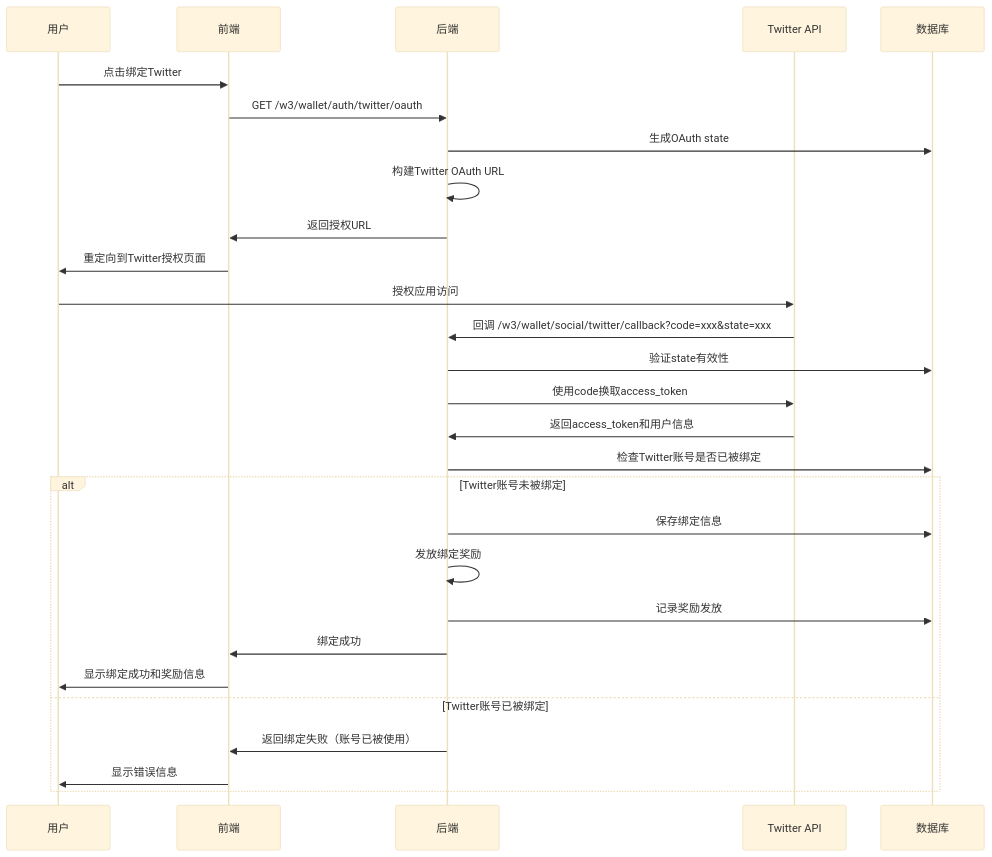
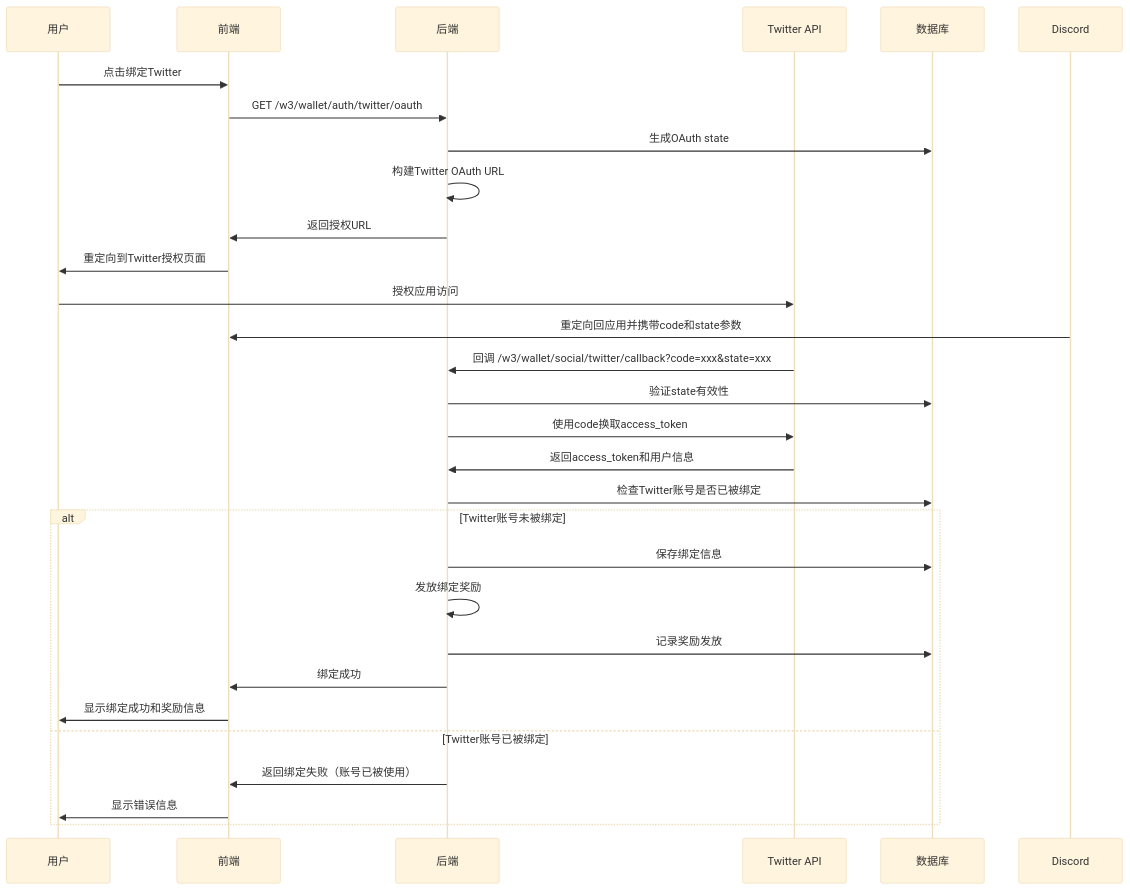
The diagram in all/未命名-73.md (yingjianzh/iodraw-files), drawn with Mermaid (base theme) before and after one commit.

Commit message:
2025-07-07 10:53:13 update

````diff
--- a/all/未命名-73.md
+++ b/all/未命名-73.md
@@ -1,36 +1,37 @@
 ```mermaid
 
 sequenceDiagram
     participant User as 用户
     participant Frontend as 前端
     participant Backend as 后端
     participant Twitter as Twitter API
     participant DB as 数据库
 
 
     User->>Frontend: 点击绑定Twitter
     Frontend->>Backend: GET /w3/wallet/auth/twitter/oauth
     Backend->>DB: 生成OAuth state
     Backend->>Backend: 构建Twitter OAuth URL
     Backend->>Frontend: 返回授权URL
     Frontend->>User: 重定向到Twitter授权页面
     
     User->>Twitter: 授权应用访问
+     Discord->>Frontend: 重定向回应用并携带code和state参数
     Twitter->>Backend: 回调 /w3/wallet/social/twitter/callback?code=xxx&state=xxx
     Backend->>DB: 验证state有效性
     Backend->>Twitter: 使用code换取access_token
     Twitter->>Backend: 返回access_token和用户信息
     Backend->>DB: 检查Twitter账号是否已被绑定
     
     alt Twitter账号未被绑定
         Backend->>DB: 保存绑定信息
         Backend->>Backend: 发放绑定奖励
         Backend->>DB: 记录奖励发放
         Backend->>Frontend: 绑定成功
         Frontend->>User: 显示绑定成功和奖励信息
     else Twitter账号已被绑定
         Backend->>Frontend: 返回绑定失败（账号已被使用）
         Frontend->>User: 显示错误信息
     end
 
 ```
````
